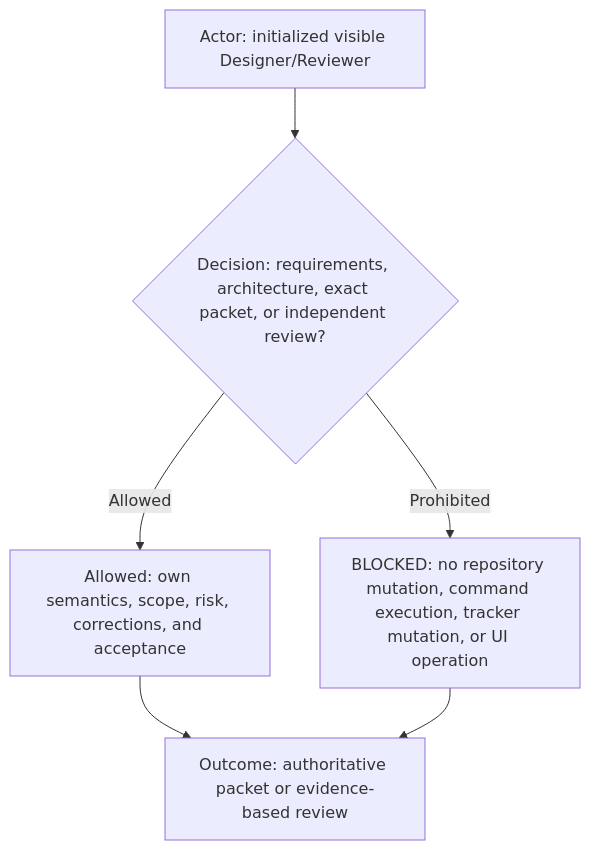
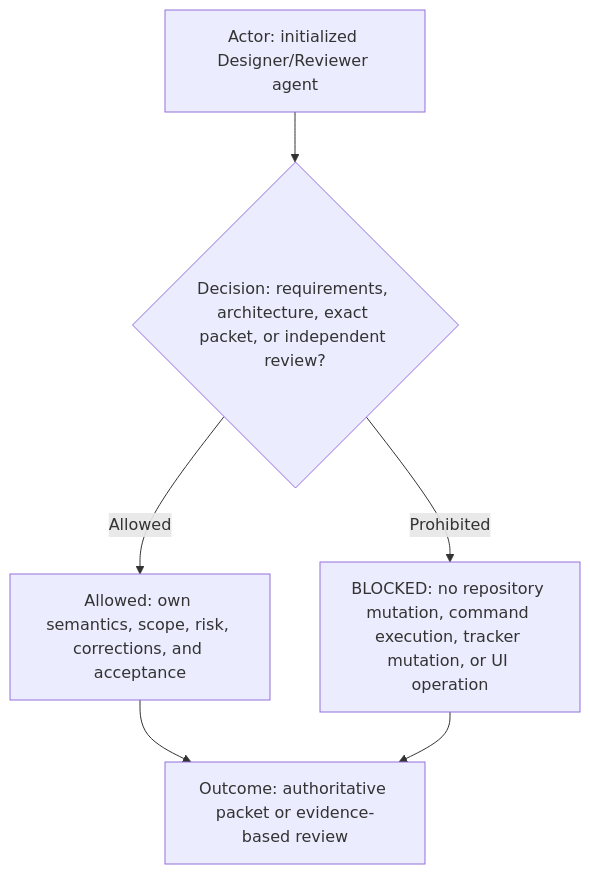
Before and after one commit to starodubtsevconsulting/ai-fleas: the tenth of 21 diagrams in ai-workflows/_common/roles/designer-reviewer.md, drawn with Mermaid. The commit also changed other lines of this file and 15 other files, not shown here.

````diff
--- a/ai-workflows/_common/roles/designer-reviewer.md
+++ b/ai-workflows/_common/roles/designer-reviewer.md
@@ -219,8 +219,8 @@
 ```mermaid
 flowchart TD
-  Actor["Actor: initialized visible Designer/Reviewer"] --> Decision{"Decision: requirements, architecture, exact packet, or independent review?"}
+  Actor["Actor: initialized Designer/Reviewer agent"] --> Decision{"Decision: requirements, architecture, exact packet, or independent review?"}
   Decision -->|Allowed| Route["Allowed: own semantics, scope, risk, corrections, and acceptance"]
   Decision -->|Prohibited| Blocked["BLOCKED: no repository mutation, command execution, tracker mutation, or UI operation"]
   Route --> Outcome["Outcome: authoritative packet or evidence-based review"]
   Blocked --> Outcome
 ```
````
